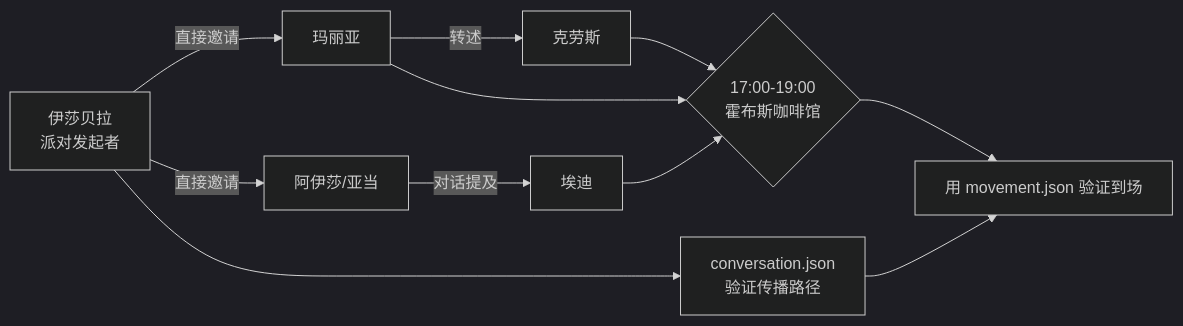
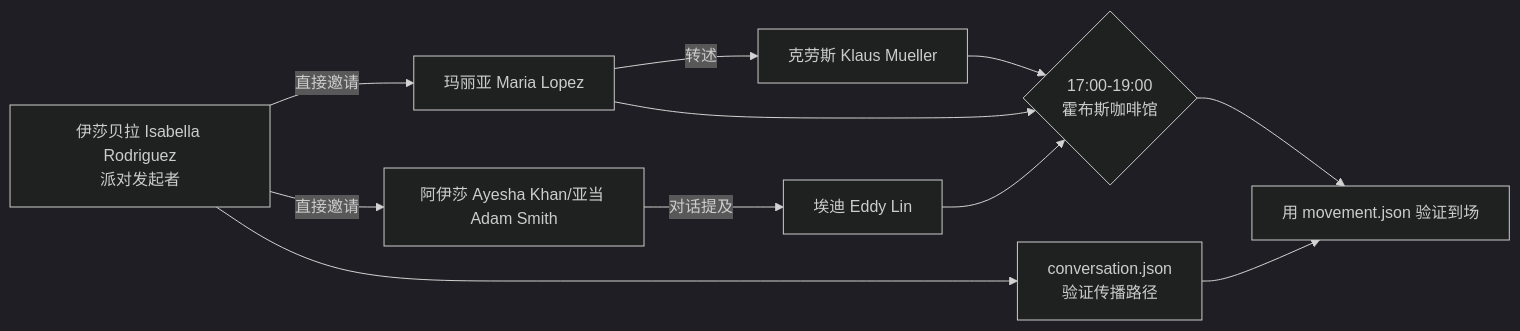
The first of 7 diagrams in docs/book/manuscript/part_04/chapter_24.md (tbkken/GenerativeAgentsCN), drawn with Mermaid (dark theme) before and after one commit. The commit also changed other lines of this file and 51 other files, not shown here.

````diff
--- a/docs/book/manuscript/part_04/chapter_24.md
+++ b/docs/book/manuscript/part_04/chapter_24.md
@@ -37,13 +37,13 @@
 ```mermaid
 flowchart LR
-    I[伊莎贝拉<br/>派对发起者] -->|直接邀请| M[玛丽亚]
-    I -->|直接邀请| A[阿伊莎/亚当]
-    M -->|转述| K[克劳斯]
-    A -->|对话提及| E[埃迪]
+    I[伊莎贝拉 Isabella Rodriguez<br/>派对发起者] -->|直接邀请| M[玛丽亚 Maria Lopez]
+    I -->|直接邀请| A[阿伊莎 Ayesha Khan/亚当 Adam Smith]
+    M -->|转述| K[克劳斯 Klaus Mueller]
+    A -->|对话提及| E[埃迪 Eddy Lin]
     K --> P{17:00-19:00<br/>霍布斯咖啡馆}
     E --> P
     M --> P
     P --> V[用 movement.json 验证到场]
     I --> C[conversation.json<br/>验证传播路径]
     C --> V
 ```
````
